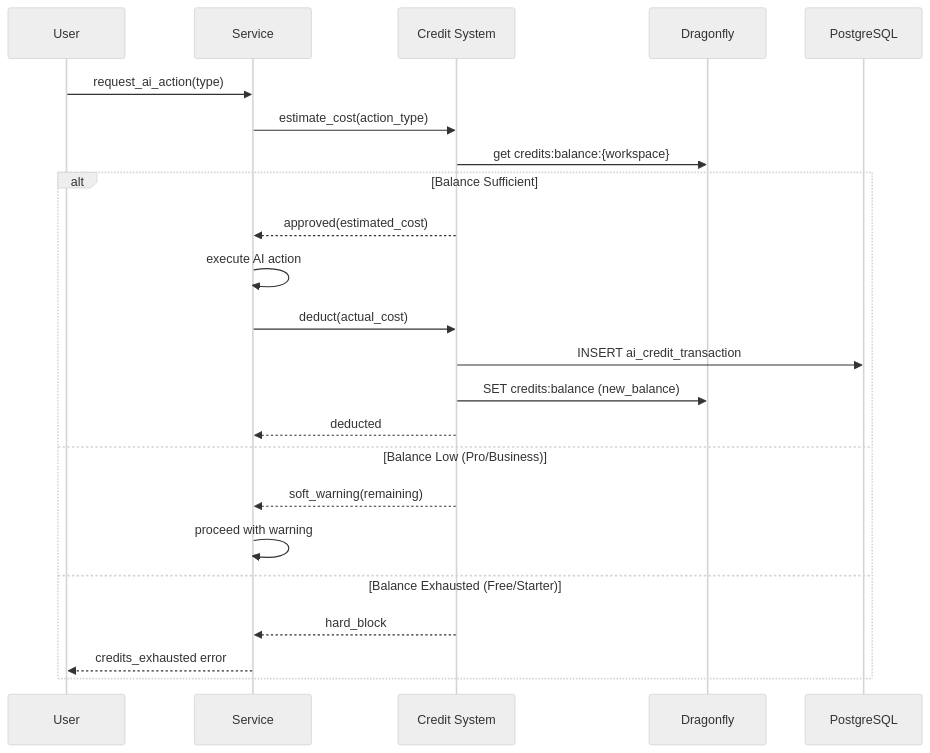
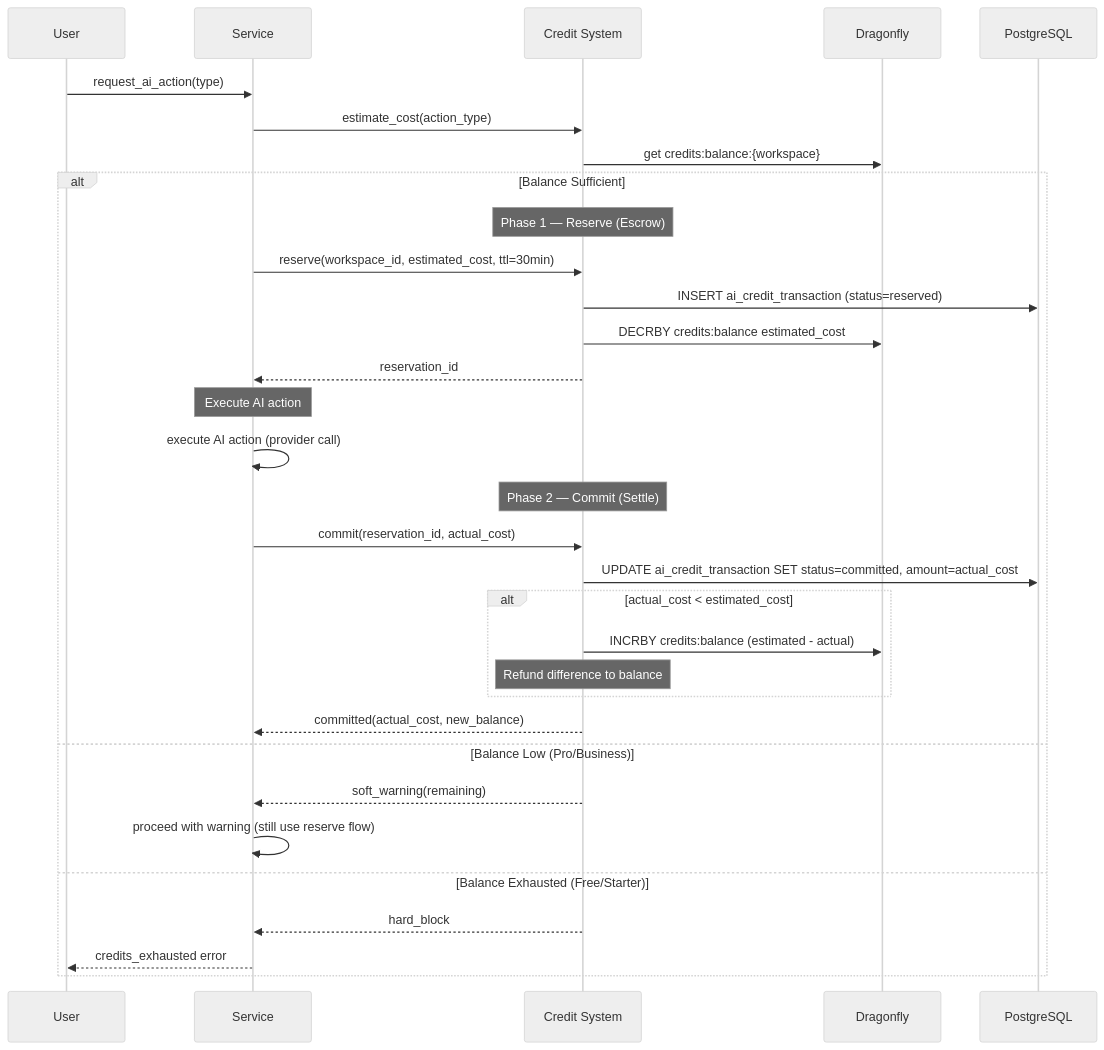
One commit to quantm-zeus/creativanta changed the ninth of 13 diagrams in docs/05_system/sequence_diagrams.md. Above: the diagram before and after it, drawn with Mermaid (neutral theme). The commit also changed other lines of this file and 26 other files, not shown here.

````diff
--- a/docs/05_system/sequence_diagrams.md
+++ b/docs/05_system/sequence_diagrams.md
@@ -327,27 +333,38 @@
 ```mermaid
 sequenceDiagram
     participant User
     participant API as Service
     participant Credits as Credit System
     participant Cache as Dragonfly
     participant DB as PostgreSQL
 
     User->>API: request_ai_action(type)
     API->>Credits: estimate_cost(action_type)
     Credits->>Cache: get credits:balance:{workspace}
     
     alt Balance Sufficient
-        Credits-->>API: approved(estimated_cost)
-        API->>API: execute AI action
-        API->>Credits: deduct(actual_cost)
-        Credits->>DB: INSERT ai_credit_transaction
-        Credits->>Cache: SET credits:balance (new_balance)
-        Credits-->>API: deducted
+        Note over Credits: Phase 1 — Reserve (Escrow)
+        API->>Credits: reserve(workspace_id, estimated_cost, ttl=30min)
+        Credits->>DB: INSERT ai_credit_transaction (status=reserved)
+        Credits->>Cache: DECRBY credits:balance estimated_cost
+        Credits-->>API: reservation_id
+        
+        Note over API: Execute AI action
+        API->>API: execute AI action (provider call)
+        
+        Note over Credits: Phase 2 — Commit (Settle)
+        API->>Credits: commit(reservation_id, actual_cost)
+        Credits->>DB: UPDATE ai_credit_transaction SET status=committed, amount=actual_cost
+        alt actual_cost < estimated_cost
+            Credits->>Cache: INCRBY credits:balance (estimated - actual)
+            Note over Credits: Refund difference to balance
+        end
+        Credits-->>API: committed(actual_cost, new_balance)
     else Balance Low (Pro/Business)
         Credits-->>API: soft_warning(remaining)
-        API->>API: proceed with warning
+        API->>API: proceed with warning (still use reserve flow)
     else Balance Exhausted (Free/Starter)
         Credits-->>API: hard_block
         API-->>User: credits_exhausted error
     end
 ```
````
